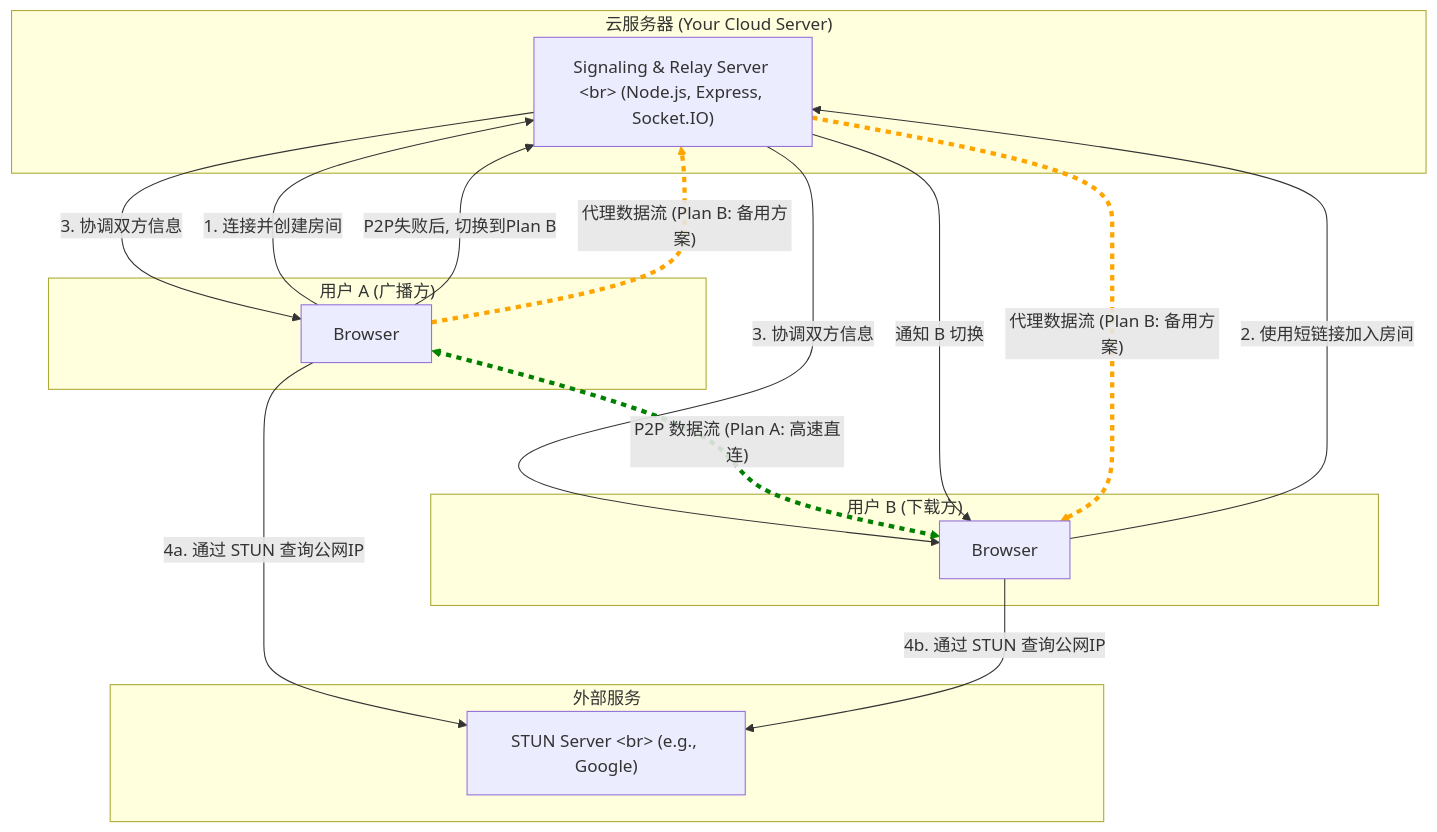
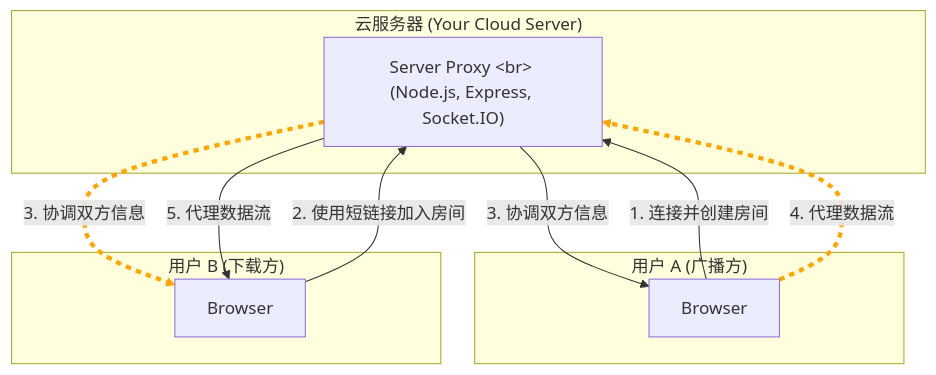
The diagram in README.md (lmzmm/DropSharer), drawn with Mermaid before and after one commit. The commit also changed other lines of this file, not shown here.

````diff
--- a/README.md
+++ b/README.md
@@ -22,41 +23,29 @@
 ```mermaid
-%% 混合模式文件传输架构图 (兼容版 v1)
+%% Socket.IO 代理模式文件传输架构图
 graph TD
     subgraph "云服务器 (Your Cloud Server)"
-        A["Signaling & Relay Server &lt;br&gt; (Node.js, Express, Socket.IO)"]
+        A["Server Proxy &lt;br&gt; (Node.js, Express, Socket.IO)"]
     end
 
     subgraph "用户 A (广播方)"
         UA[Browser]
     end
 
     subgraph "用户 B (下载方)"
         UB[Browser]
     end
-    
-    subgraph "外部服务"
-        S["STUN Server &lt;br&gt; (e.g., Google)"]
-    end
 
-    %% 初始连接
+    %% 连接和房间创建
     UA -- "1. 连接并创建房间" --> A
     UB -- "2. 使用短链接加入房间" --> A
     A -- "3. 协调双方信息" --> UA
     A -- "3. 协调双方信息" --> UB
 
-    %% Plan A: P2P 直连尝试 (WebRTC)
-    UA -- "4a. 通过 STUN 查询公网IP" --> S
-    UB -- "4b. 通过 STUN 查询公网IP" --> S
-    UA <== "P2P 数据流 (Plan A: 高速直连)" ==> UB
-
-    %% Plan B: 服务器代理中转 (Socket.IO)
-    UA -- "P2P失败后, 切换到Plan B" --> A
-    A -- "通知 B 切换" --> UB
-    UA -- "代理数据流 (Plan B: 备用方案)" --> A
-    A -- "代理数据流 (Plan B: 备用方案)" --> UB
+    %% 数据传输
+    UA -- "4. 代理数据流" --> A
+    A -- "5. 代理数据流" --> UB
     
     %% 样式
-    linkStyle 6 stroke-width:4px,stroke:green,stroke-dasharray: 5 5;
-    linkStyle 9 stroke-width:4px,stroke:orange,stroke-dasharray: 5 5;
-    linkStyle 10 stroke-width:4px,stroke:orange,stroke-dasharray: 5 5;
+    linkStyle 3 stroke-width:4px,stroke:orange,stroke-dasharray: 5 5;
+    linkStyle 4 stroke-width:4px,stroke:orange,stroke-dasharray: 5 5;
 ```
````
